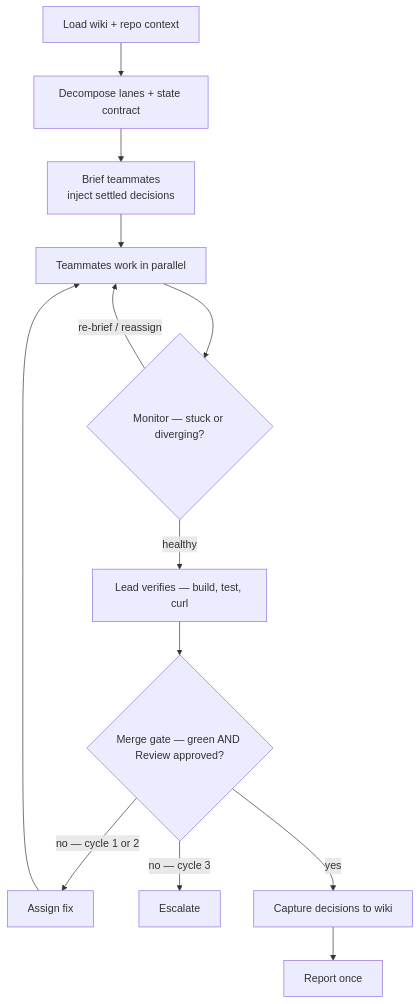
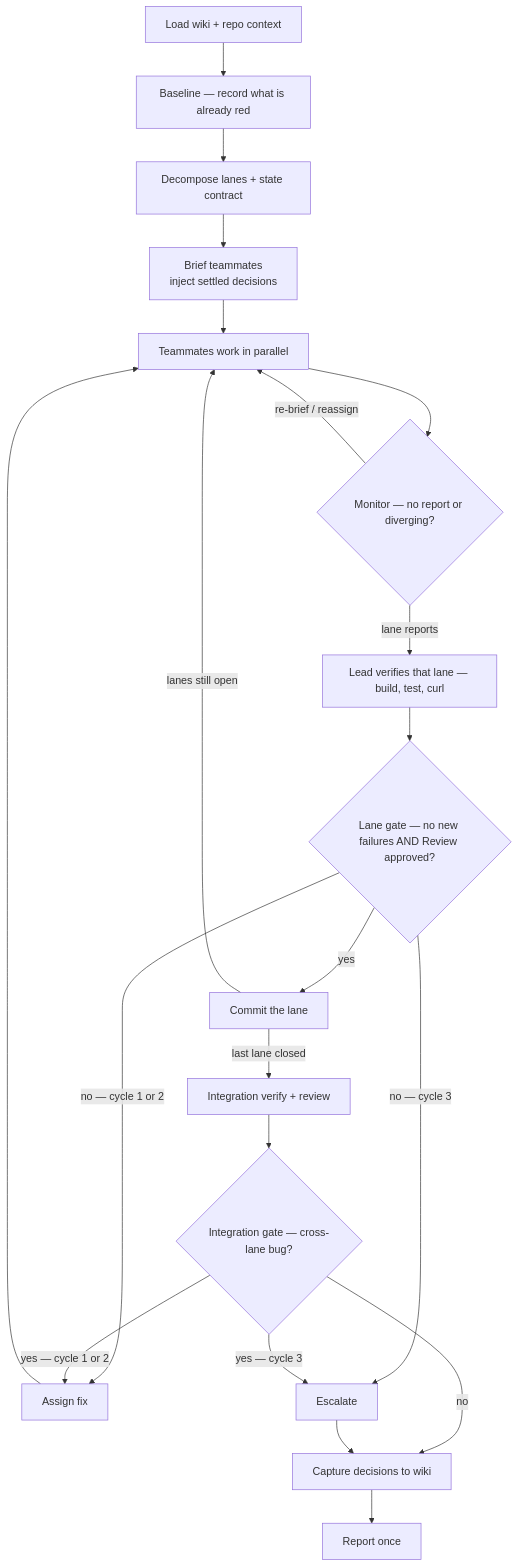
The second of 2 diagrams in TEAM-PLAYBOOK.md (frahmantamala/retinue), drawn with Mermaid before and after one commit. The commit also changed other lines of this file and 2 other files, not shown here.

````diff
--- a/TEAM-PLAYBOOK.md
+++ b/TEAM-PLAYBOOK.md
@@ -114,14 +114,19 @@
 ```mermaid
 flowchart TD
-    L[Load wiki + repo context] --> D[Decompose lanes + state contract]
-    D --> B[Brief teammates<br/>inject settled decisions]
+    L[Load wiki + repo context] --> Z["Baseline — record what is already red"]
+    Z --> D[Decompose lanes + state contract] --> B[Brief teammates<br/>inject settled decisions]
     B --> W[Teammates work in parallel]
-    W --> M{"Monitor — stuck or diverging?"}
+    W --> M{"Monitor — no report or diverging?"}
     M -->|re-brief / reassign| W
-    M -->|healthy| V["Lead verifies — build, test, curl"]
-    V --> G{"Merge gate — green AND Review approved?"}
+    M -->|lane reports| V["Lead verifies that lane — build, test, curl"]
+    V --> G{"Lane gate — no new failures AND Review approved?"}
     G -->|no — cycle 1 or 2| F[Assign fix] --> W
     G -->|no — cycle 3| E[Escalate]
-    G -->|yes| C[Capture decisions to wiki]
-    C --> R[Report once]
+    G -->|yes| K[Commit the lane]
+    K -->|lanes still open| W
+    K -->|last lane closed| I["Integration verify + review"]
+    I --> J{"Integration gate — cross-lane bug?"} -->|yes — cycle 1 or 2| F
+    J -->|yes — cycle 3| E
+    J -->|no| C[Capture decisions to wiki] --> R[Report once]
+    E --> C
 ```
````
